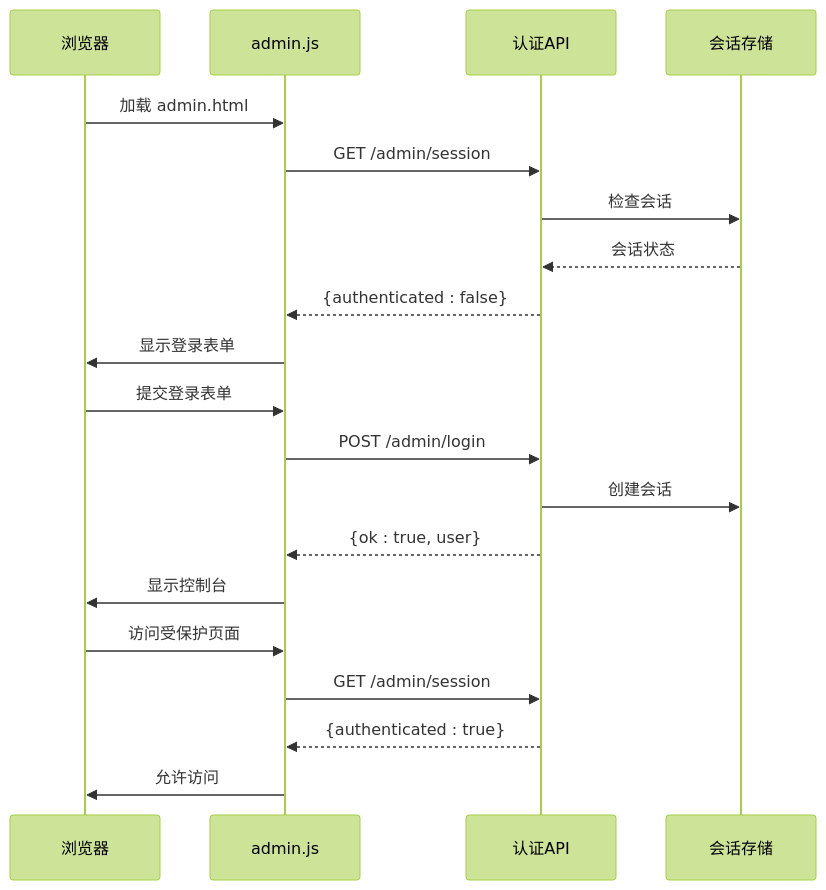
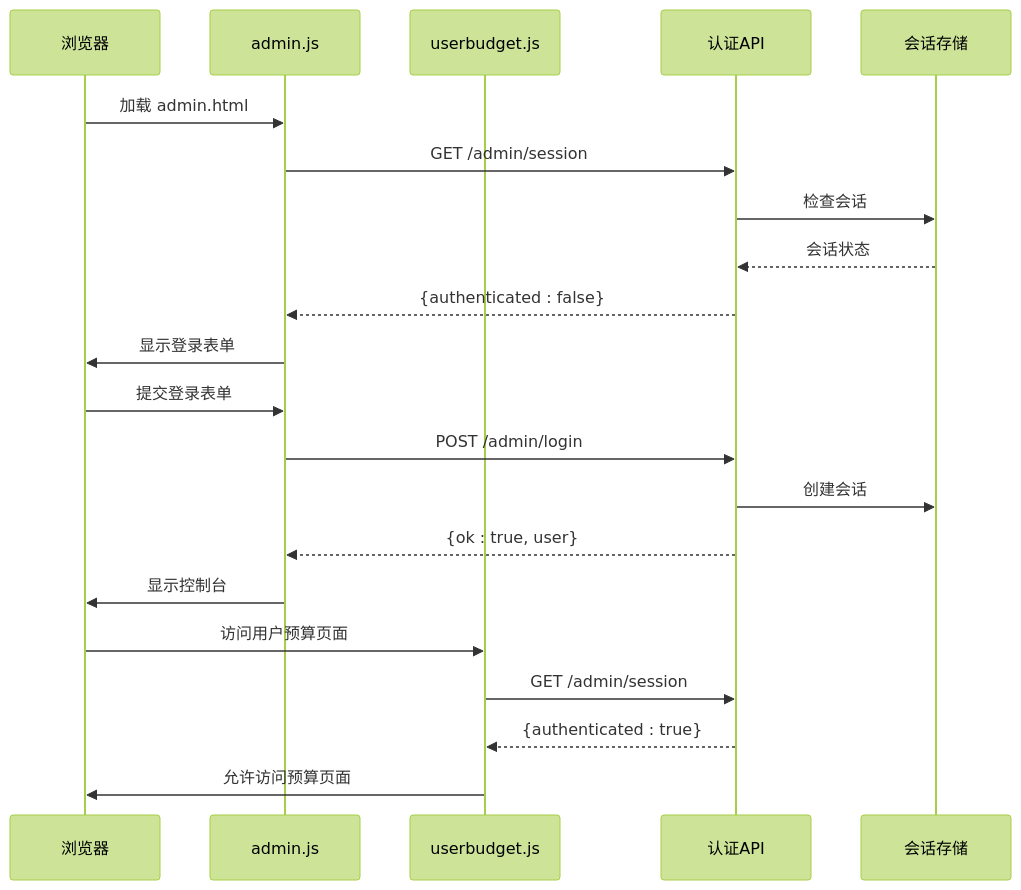
Before and after one commit to kissingwolf/CopilotEnterpriseUsageDisplay: the fourth of 5 diagrams in .qoder/repowiki/zh/content/核心模块/管理员认证系统.md, drawn with Mermaid (forest theme). The commit also changed other lines of this file and 4 other files, not shown here.

First line of the commit message:
docs(wiki): update repowiki content with user budget system and admin auth modules

````diff
--- a/.qoder/repowiki/zh/content/核心模块/管理员认证系统.md
+++ b/.qoder/repowiki/zh/content/核心模块/管理员认证系统.md
@@ -235,22 +301,23 @@
 ```mermaid
 sequenceDiagram
 participant Browser as 浏览器
 participant AdminJS as admin.js
+participant UserBudgetJS as userbudget.js
 participant API as 认证API
 participant Session as 会话存储
 Browser->>AdminJS : 加载 admin.html
 AdminJS->>API : GET /admin/session
 API->>Session : 检查会话
 Session-->>API : 会话状态
 API-->>AdminJS : {authenticated : false}
 AdminJS->>Browser : 显示登录表单
 Browser->>AdminJS : 提交登录表单
 AdminJS->>API : POST /admin/login
 API->>Session : 创建会话
 API-->>AdminJS : {ok : true, user}
 AdminJS->>Browser : 显示控制台
-Browser->>AdminJS : 访问受保护页面
-AdminJS->>API : GET /admin/session
-API-->>AdminJS : {authenticated : true}
-AdminJS->>Browser : 允许访问
+Browser->>UserBudgetJS : 访问用户预算页面
+UserBudgetJS->>API : GET /admin/session
+API-->>UserBudgetJS : {authenticated : true}
+UserBudgetJS->>Browser : 允许访问预算页面
 ```
````
